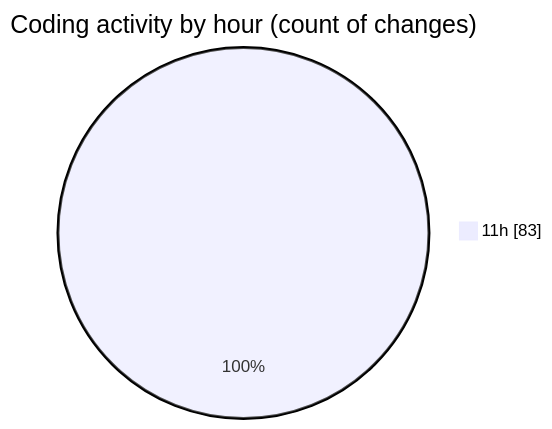
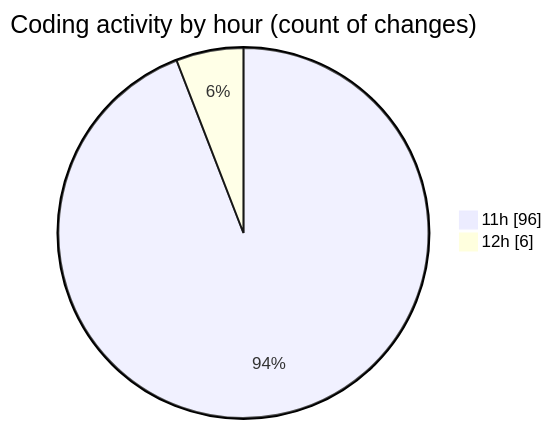
Before and after one commit to nxtqubesakshisongat/code-tracking: the second of 2 diagrams in 2026-03-16/nxtqube_webapp/README.md, drawn with Mermaid. The commit also changed other lines of this file and 1 other file, not shown here.

````diff
--- a/2026-03-16/nxtqube_webapp/README.md
+++ b/2026-03-16/nxtqube_webapp/README.md
@@ -51,5 +61,6 @@
 ```mermaid
 pie showData
 title Coding activity by hour (count of changes)
-"11h" : 83
+"11h" : 96
+"12h" : 6
 ```
````
